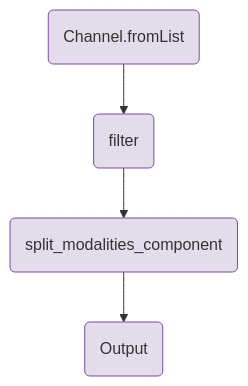
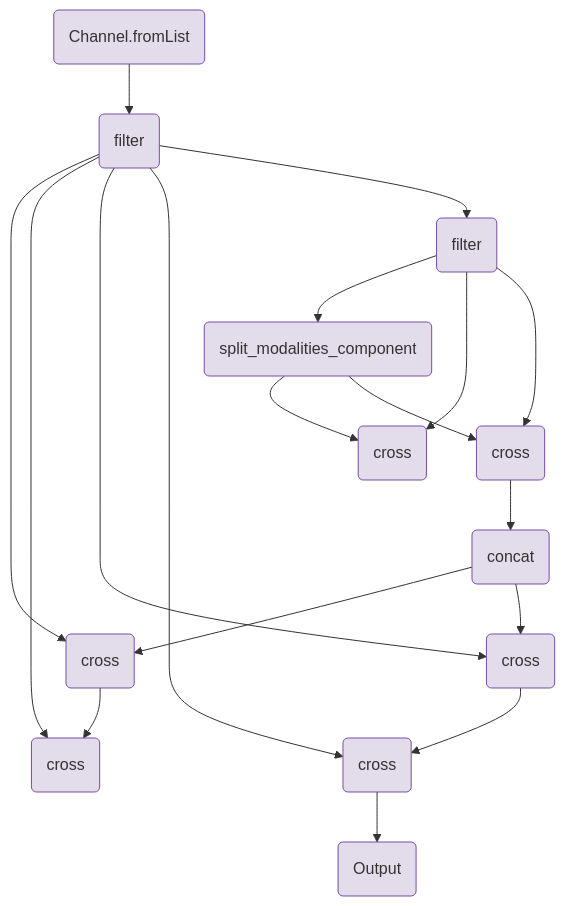
Before and after one commit to openpipelines-bio/website: the diagram in components/workflows/multiomics/split_modalities.qmd, drawn with Mermaid. The commit also changed other lines of this file and 149 other files, not shown here.

````diff
--- a/components/workflows/multiomics/split_modalities.qmd
+++ b/components/workflows/multiomics/split_modalities.qmd
@@ -93,15 +95,45 @@
 ```{mermaid}
 flowchart TB
     v0(Channel.fromList)
     v2(filter)
+    v13(filter)
     v18(split_modalities_component)
-    v51(Output)
+    v25(cross)
+    v35(cross)
+    v45(concat)
+    v52(cross)
+    v59(cross)
+    v71(cross)
+    v78(cross)
+    v82(Output)
     v0-->v2
-    v2-->v18
-    v18-->v51
+    v13-->v18
+    v18-->v25
+    v13-->v25
+    v13-->v35
+    v45-->v52
+    v2-->v52
+    v52-->v59
+    v2-->v59
+    v2-->v71
+    v71-->v78
+    v2-->v78
+    v78-->v82
+    v2-->v13
+    v35-->v45
+    v18-->v35
+    v45-->v71
     style v0 fill:#e3dcea,stroke:#7a4baa;
     style v2 fill:#e3dcea,stroke:#7a4baa;
+    style v13 fill:#e3dcea,stroke:#7a4baa;
     style v18 fill:#e3dcea,stroke:#7a4baa;
-    style v51 fill:#e3dcea,stroke:#7a4baa;
+    style v25 fill:#e3dcea,stroke:#7a4baa;
+    style v35 fill:#e3dcea,stroke:#7a4baa;
+    style v45 fill:#e3dcea,stroke:#7a4baa;
+    style v52 fill:#e3dcea,stroke:#7a4baa;
+    style v59 fill:#e3dcea,stroke:#7a4baa;
+    style v71 fill:#e3dcea,stroke:#7a4baa;
+    style v78 fill:#e3dcea,stroke:#7a4baa;
+    style v82 fill:#e3dcea,stroke:#7a4baa;
 
 ```
````
